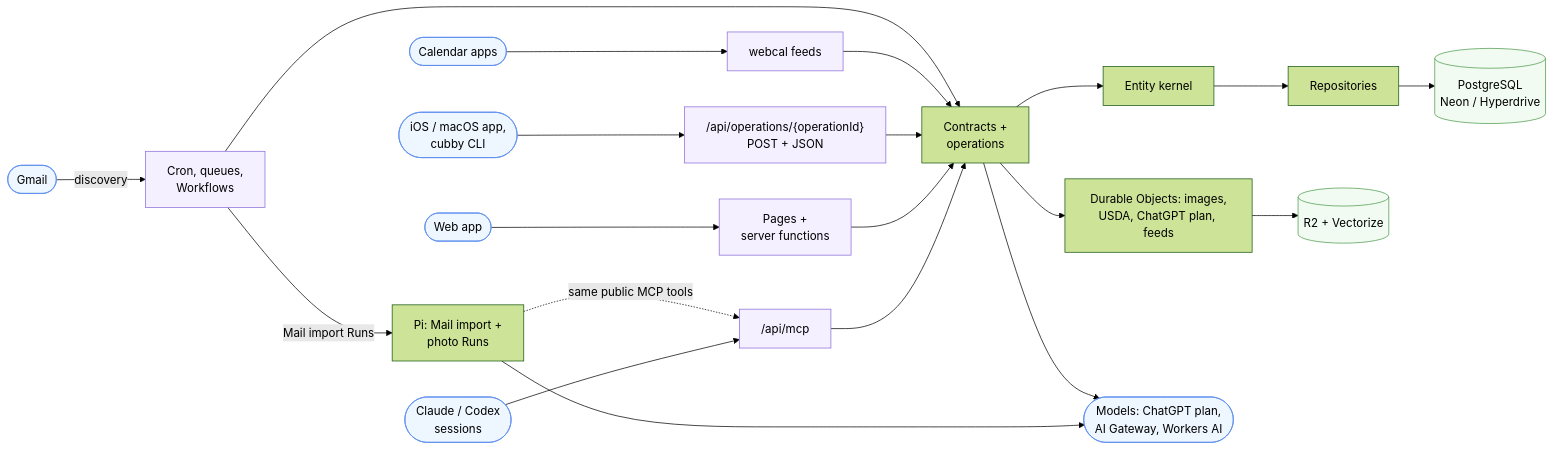
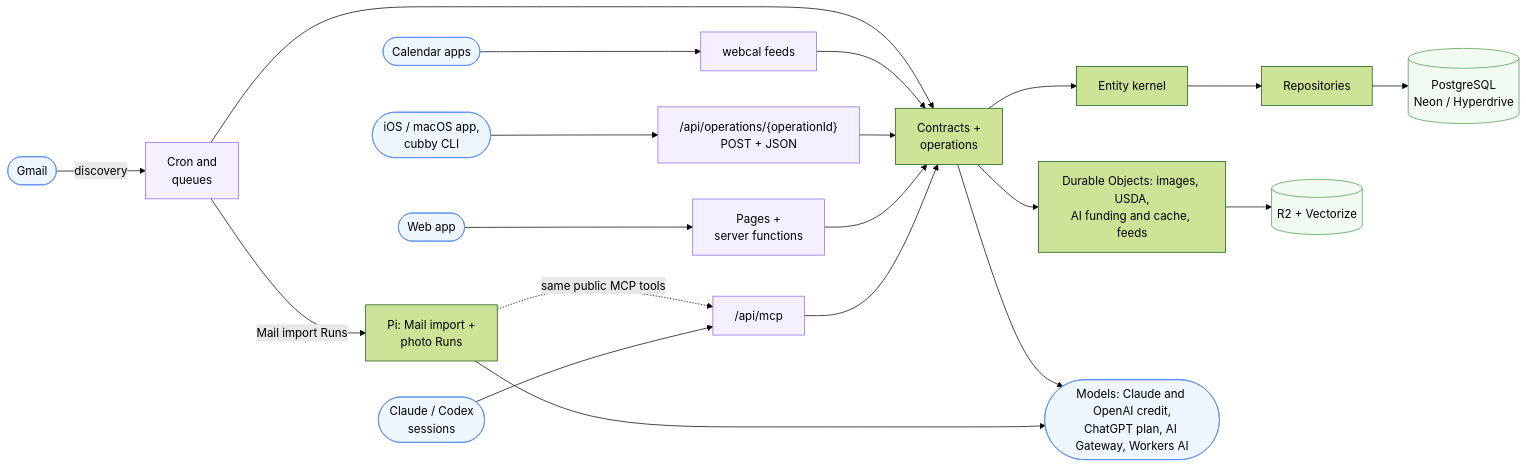
One commit to nickysemenza/cubby changed the second of 2 diagrams in README.md. Above: the diagram before and after it, drawn with Mermaid (forest theme). The commit also changed other lines of this file and 69 other files, not shown here.

````diff
--- a/README.md
+++ b/README.md
@@ -266,23 +267,23 @@
 ```mermaid
 flowchart LR
   Agents(["Claude / Codex<br/>sessions"]) --> MCP["/api/mcp"]
   Web(["Web app"]) --> SSR["Pages +<br/>server functions"]
   Apple(["iOS / macOS app,<br/>cubby CLI"]) --> HTTP["/api/operations/{operationId}<br/>POST + JSON"]
   Cal(["Calendar apps"]) --> Feeds["webcal feeds"]
-  Gmail(["Gmail"]) -- "discovery" --> BG["Cron, queues,<br/>Workflows"]
+  Gmail(["Gmail"]) -- "discovery" --> BG["Cron and<br/>queues"]
 
   MCP & SSR & HTTP & Feeds & BG --> Ops["Contracts +<br/>operations"]
   BG -- "Mail import Runs" --> Pi["Pi: Mail import +<br/>photo Runs"]
   Pi -. "same public MCP tools" .-> MCP
 
   Ops --> Kernel["Entity kernel"] --> Repo["Repositories"] --> PG[("PostgreSQL<br/>Neon / Hyperdrive")]
-  Ops --> DOs["Durable Objects: images,<br/>USDA, ChatGPT plan, feeds"] --> R2[("R2 + Vectorize")]
-  Pi & Ops --> Models(["Models: ChatGPT plan,<br/>AI Gateway, Workers AI"])
+  Ops --> DOs["Durable Objects: images, USDA,<br/>AI funding and cache, feeds"] --> R2[("R2 + Vectorize")]
+  Pi & Ops --> Models(["Models: Claude and OpenAI credit,<br/>ChatGPT plan, AI Gateway, Workers AI"])
 
   classDef client fill:#eef6ff,stroke:#5b8def
   classDef entry fill:#f4f0ff,stroke:#8a6bd9
   classDef store fill:#f2fbf2,stroke:#4a9a4a
   class Agents,Web,Apple,Cal,Gmail,Models client
   class MCP,SSR,HTTP,Feeds,BG entry
   class PG,R2 store
 ```
````
